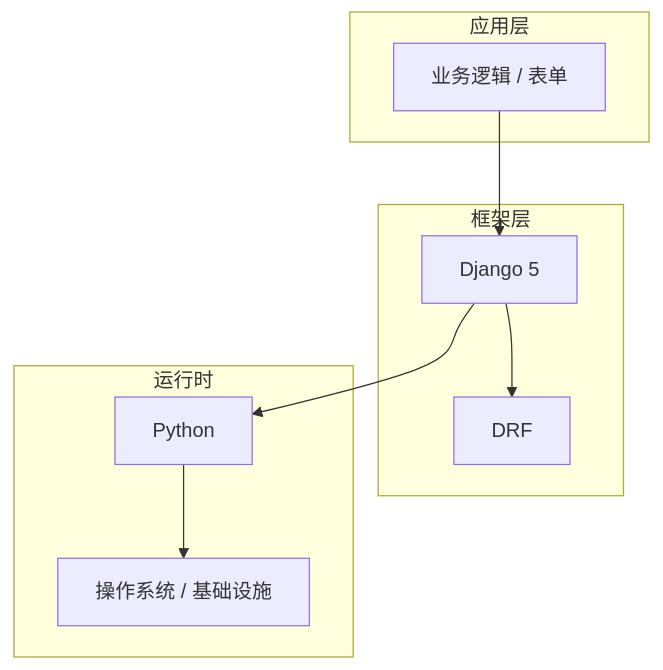
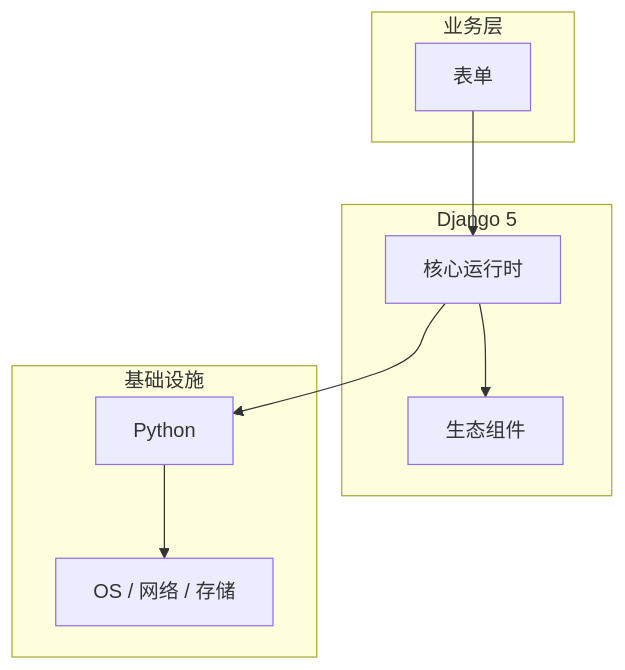
Before and after one commit to yanggan2015/knowledge-json-v2: the diagram in articles/Django/chapters/036-表单核心概念与原理.md, drawn with Mermaid. The commit also changed other lines of this file and 10127 other files, not shown here.

````diff
--- a/articles/Django/chapters/036-表单核心概念与原理.md
+++ b/articles/Django/chapters/036-表单核心概念与原理.md
@@ -45,18 +34,18 @@
 ```mermaid
 graph TB
-    subgraph 应用层
-        A[业务逻辑 / 表单]
+    subgraph 业务层
+        A[表单]
     end
-    subgraph 框架层
-        B[Django 5]
-        C[DRF]
+    subgraph Django 5
+        B[核心运行时]
+        C[生态组件]
     end
-    subgraph 运行时
+    subgraph 基础设施
         D[Python]
-        E[操作系统 / 基础设施]
+        E[OS / 网络 / 存储]
     end
     A --> B
     B --> C
     B --> D
     D --> E
 ```
````
